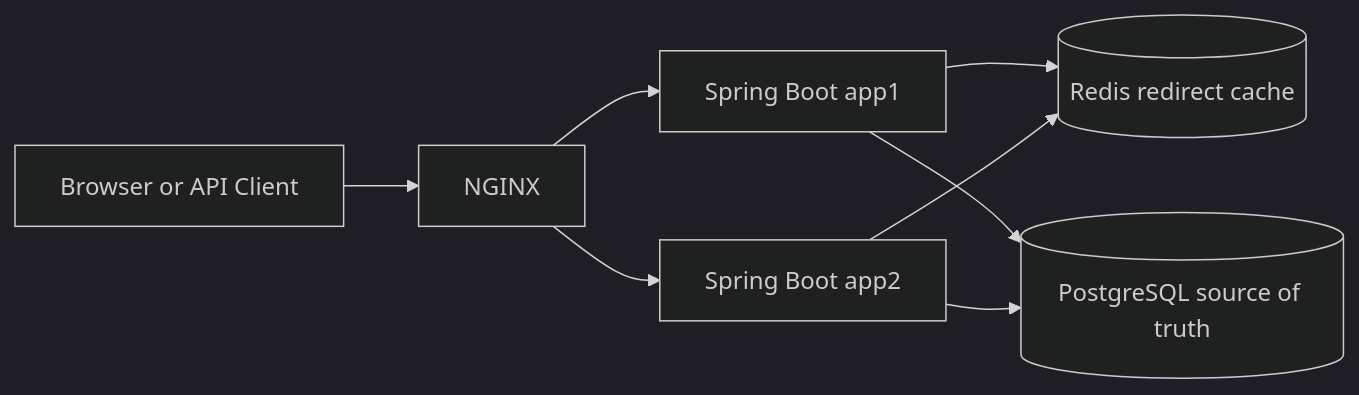
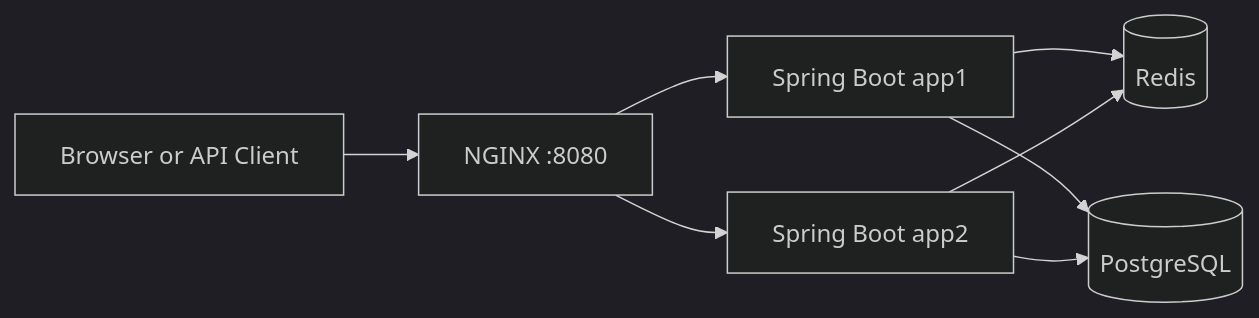
Before and after one commit to vinaynpandya/AIUrlShorten: the first of 2 diagrams in docs/01-engineering-design-and-architecture.md, drawn with Mermaid (dark theme). The commit also changed other lines of this file and 2 other files, not shown here.

````diff
--- a/docs/01-engineering-design-and-architecture.md
+++ b/docs/01-engineering-design-and-architecture.md
@@ -635,10 +46,10 @@
 ```mermaid
 flowchart LR
-    Client["Browser or API Client"] --> Nginx["NGINX"]
-    Nginx --> App1["Spring Boot app1"]
-    Nginx --> App2["Spring Boot app2"]
-    App1 --> Redis[("Redis redirect cache")]
+    Client["Browser or API Client"] --> NGINX["NGINX :8080"]
+    NGINX --> App1["Spring Boot app1"]
+    NGINX --> App2["Spring Boot app2"]
+    App1 --> Redis[("Redis")]
     App2 --> Redis
-    App1 --> PostgreSQL[("PostgreSQL source of truth")]
+    App1 --> PostgreSQL[("PostgreSQL")]
     App2 --> PostgreSQL
 ```
````
